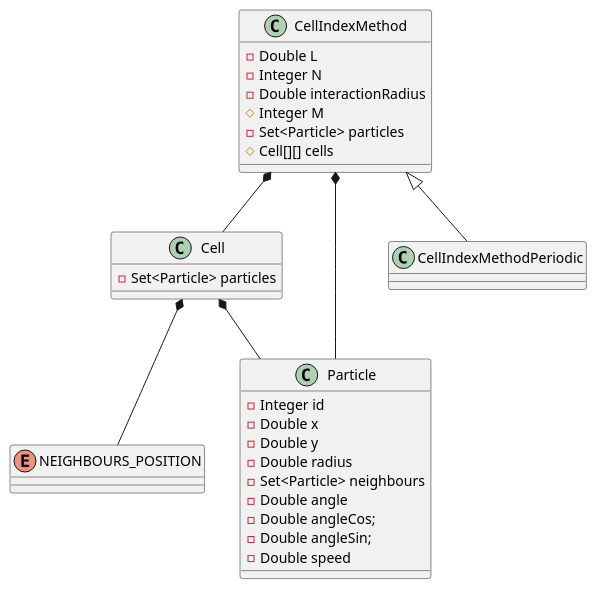
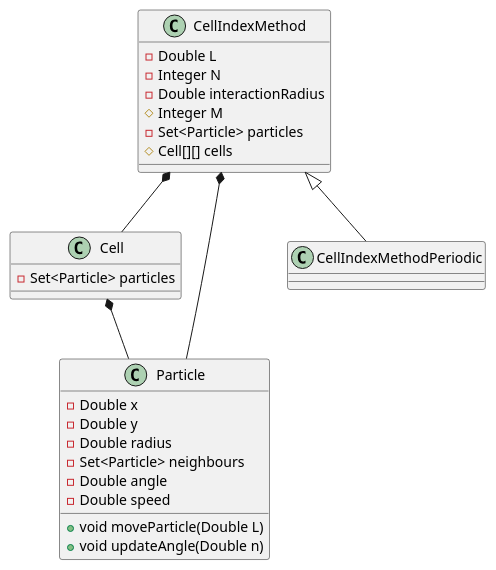
Before and after one commit to fzimbimbakis/SS: the diagram in TP2/src/main/resources/implementacion.puml, drawn with PlantUML. The commit also changed 2 other files, not shown here.

```diff
--- a/TP2/src/main/resources/implementacion.puml
+++ b/TP2/src/main/resources/implementacion.puml
@@ -1,41 +1,39 @@
 @startuml
 'https://plantuml.com/class-diagram
 
 class Cell{
 - Set<Particle> particles
 }
 
-enum NEIGHBOURS_POSITION
 
 class Particle{
-- Integer id
 - Double x
 - Double y
 - Double radius
 - Set<Particle> neighbours
 - Double angle
-- Double angleCos;
-- Double angleSin;
 - Double speed
++ void moveParticle(Double L)
++ void updateAngle(Double n)
 
 }
 
 class CellIndexMethod{
 - Double L
 - Integer N
 - Double interactionRadius
 # Integer M
 - Set<Particle> particles
 # Cell[][] cells
 }
 
 class CellIndexMethodPeriodic
 
 CellIndexMethod <|-- CellIndexMethodPeriodic
 CellIndexMethod *-- Particle
 CellIndexMethod *-- Cell
 Cell *-- Particle
-Cell *-- NEIGHBOURS_POSITION
+
 
 
 @enduml
```
